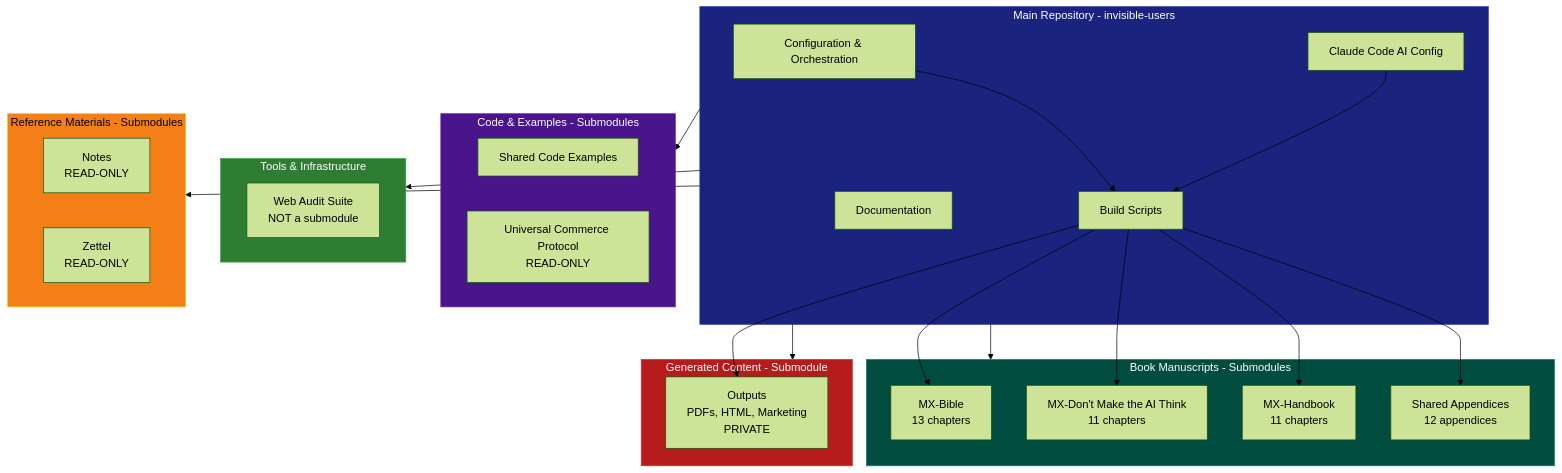
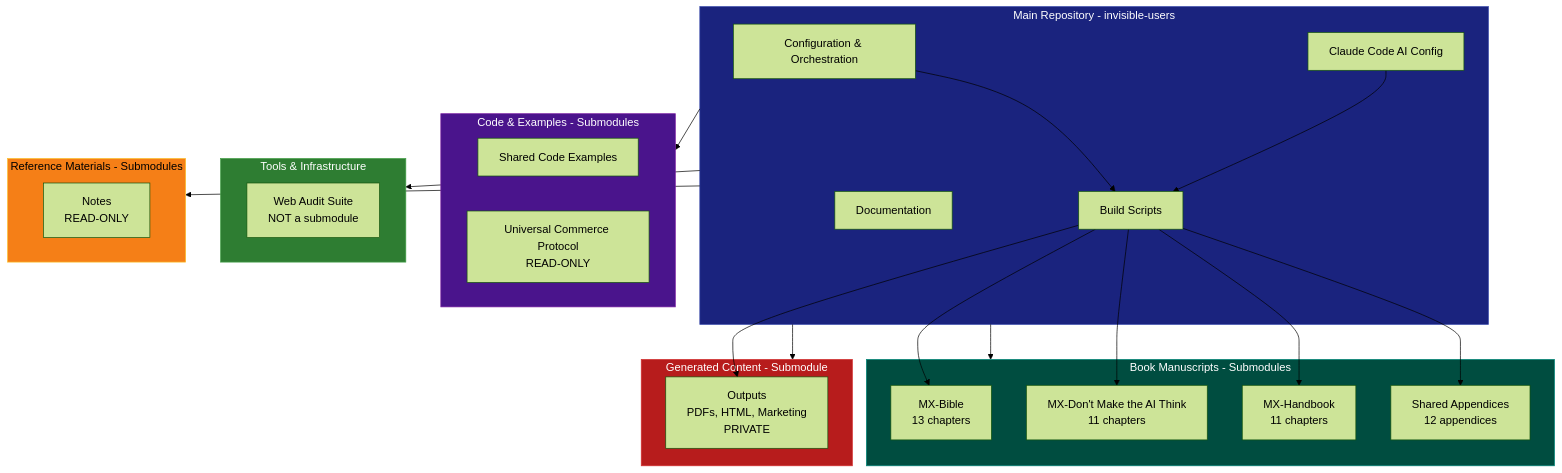
One commit to ddttom/invisible-users changed the first of 4 diagrams in docs/architecture/doc-architecture.md. Above: the diagram before and after it, drawn with Mermaid (forest theme). The commit also changed other lines of this file and 5 other files, not shown here.

````diff
--- a/docs/architecture/doc-architecture.md
+++ b/docs/architecture/doc-architecture.md
@@ -9,56 +9,55 @@
 ```mermaid
 graph TB
     subgraph MainRepo[Main Repository - invisible-users]
         Config[Configuration & Orchestration]
         Scripts[Build Scripts]
         Claude[Claude Code AI Config]
         Docs[Documentation]
 
         Config --> Scripts
         Claude --> Scripts
     end
 
     subgraph Books[Book Manuscripts - Submodules]
         Bible[MX-Bible<br/>13 chapters]
         Dont[MX-Don't Make the AI Think<br/>11 chapters]
         Handbook[MX-Handbook<br/>11 chapters]
         Appendices[Shared Appendices<br/>12 appendices]
     end
 
     subgraph Code[Code & Examples - Submodules]
         Examples[Shared Code Examples]
         UCP[Universal Commerce Protocol<br/>READ-ONLY]
     end
 
     subgraph Tools[Tools & Infrastructure]
         Audit[Web Audit Suite<br/>NOT a submodule]
     end
 
     subgraph Output[Generated Content - Submodule]
         OutputsPrivate[Outputs<br/>PDFs, HTML, Marketing<br/>PRIVATE]
     end
 
     subgraph ReadOnly[Reference Materials - Submodules]
         Notes[Notes<br/>READ-ONLY]
-        Zettel[Zettel<br/>READ-ONLY]
     end
 
     MainRepo --> Books
     MainRepo --> Code
     MainRepo --> Tools
     MainRepo --> Output
     MainRepo --> ReadOnly
 
     Scripts --> Bible
     Scripts --> Dont
     Scripts --> Handbook
     Scripts --> Appendices
     Scripts --> OutputsPrivate
 
     style MainRepo fill:#1a237e,stroke:#3949ab,color:#fff
     style Books fill:#004d40,stroke:#00897b,color:#fff
     style Code fill:#4a148c,stroke:#7b1fa2,color:#fff
     style Tools fill:#2e7d32,stroke:#43a047,color:#fff
     style Output fill:#b71c1c,stroke:#d32f2f,color:#fff
     style ReadOnly fill:#f57f17,stroke:#fbc02d,color:#000
 ```
````
